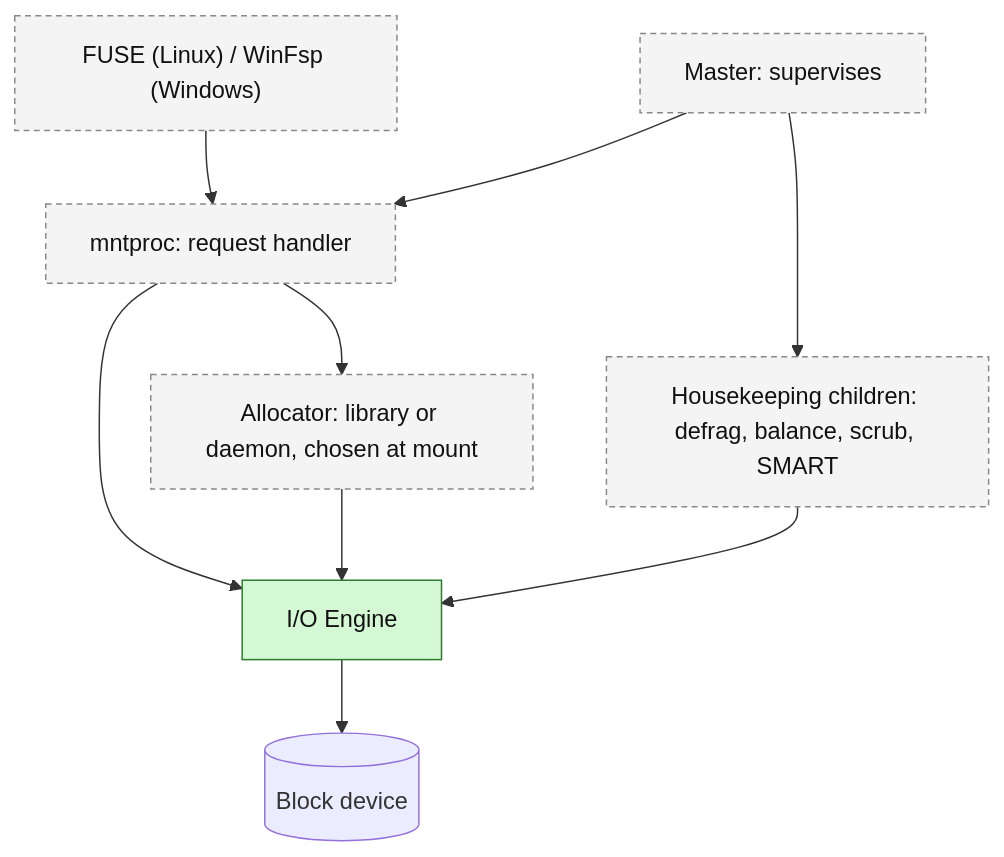
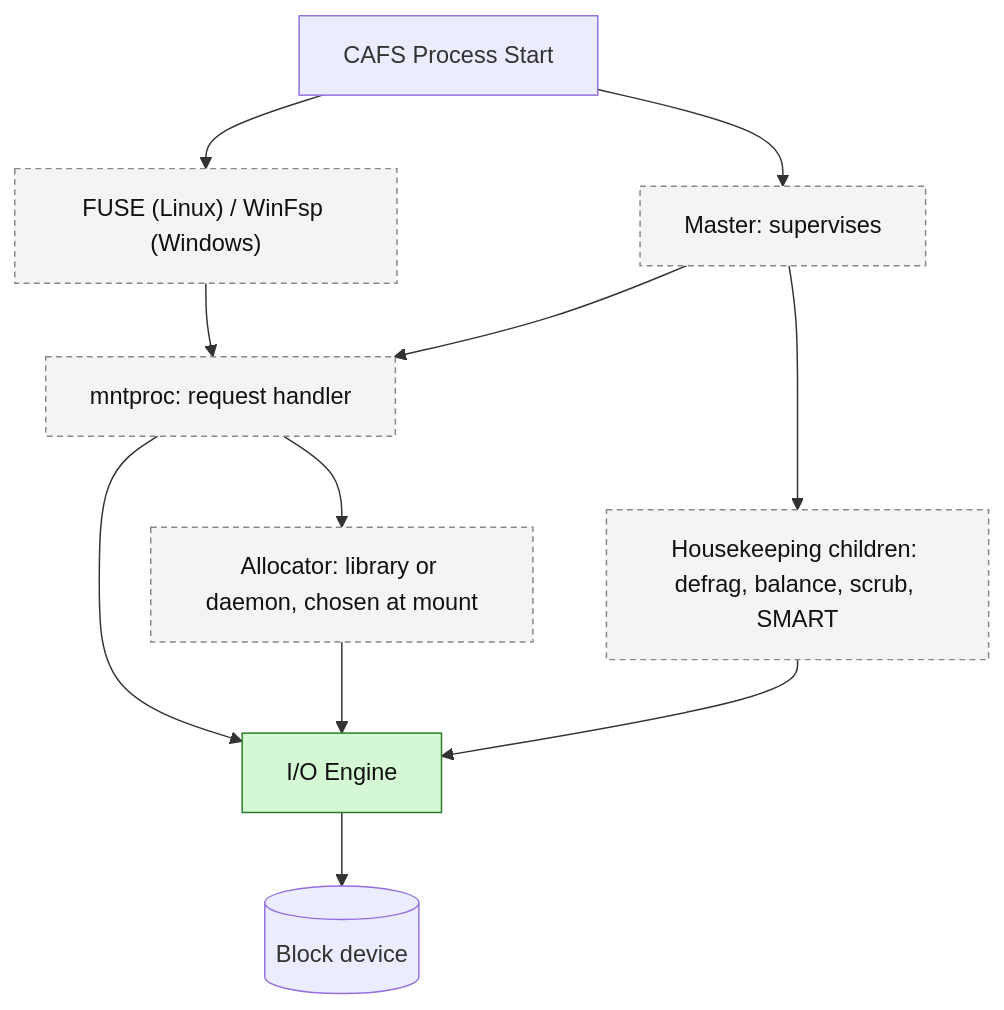
The diagram in README.md (Imran-Delta/CAFS), drawn with Mermaid before and after one commit. The commit also changed other lines of this file, not shown here.

````diff
--- a/README.md
+++ b/README.md
@@ -24,15 +26,17 @@
 ```mermaid
 flowchart TB
+    CAFS[CAFS Process Start] --> MASTER
+    CAFS --> FS
     FS["FUSE (Linux) / WinFsp (Windows)"] --> MNT["mntproc: request handler"]
     MASTER["Master: supervises"] --> MNT
     MASTER --> HK["Housekeeping children: defrag, balance, scrub, SMART"]
     MNT --> ALLOC["Allocator: library or daemon, chosen at mount"]
     MNT --> IO["I/O Engine"]
     ALLOC --> IO
     HK --> IO
     IO --> DEV[("Block device")]
     classDef built fill:#d4f8d4,stroke:#2a7a2a,color:#111
     classDef planned fill:#f4f4f4,stroke:#888,stroke-dasharray: 4 3,color:#111
     class IO built
     class FS,MNT,MASTER,HK,ALLOC planned
 ```
````
